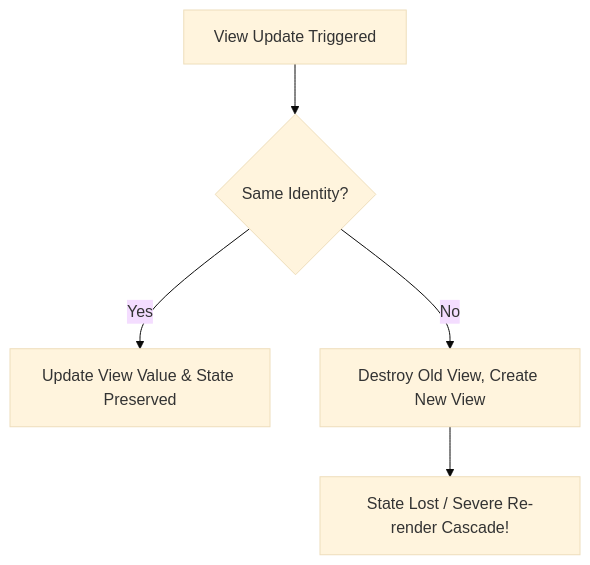
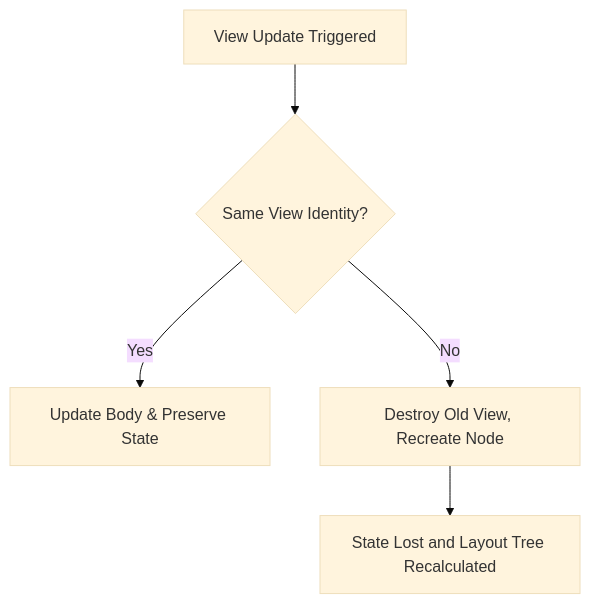
One commit to vineetsansare/iOSInterviewQnA changed the fourth of 10 diagrams in iOS_Tech_Lead_Prep_Master_Guide.md. Above: the diagram before and after it, drawn with Mermaid (base theme). The commit also changed other lines of this file and 1 other file, not shown here.

Commit message:
fix: sanitize organization references and fix all Mermaid diagram syntax errors

````diff
--- a/iOS_Tech_Lead_Prep_Master_Guide.md
+++ b/iOS_Tech_Lead_Prep_Master_Guide.md
@@ -177,7 +178,7 @@
 ```mermaid
-graph TD
-    A[View Update Triggered] --> B{Same Identity?}
-    B -- Yes --> C[Update View Value & State Preserved]
-    B -- No --> D[Destroy Old View, Create New View]
-    D --> E[State Lost / Severe Re-render Cascade!]
+flowchart TD
+    A["View Update Triggered"] --> B{"Same View Identity?"}
+    B -->|"Yes"| C["Update Body & Preserve State"]
+    B -->|"No"| D["Destroy Old View, Recreate Node"]
+    D --> E["State Lost and Layout Tree Recalculated"]
 ```
````
